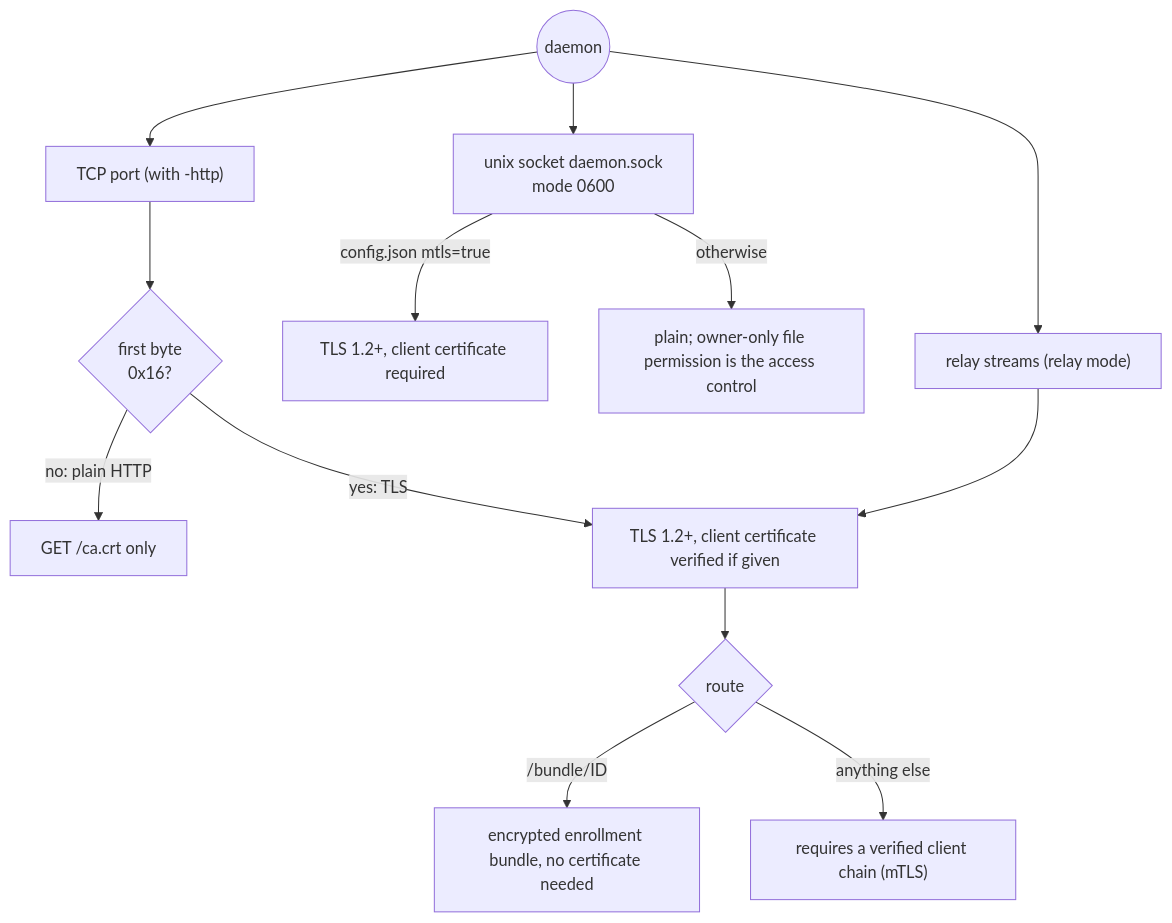
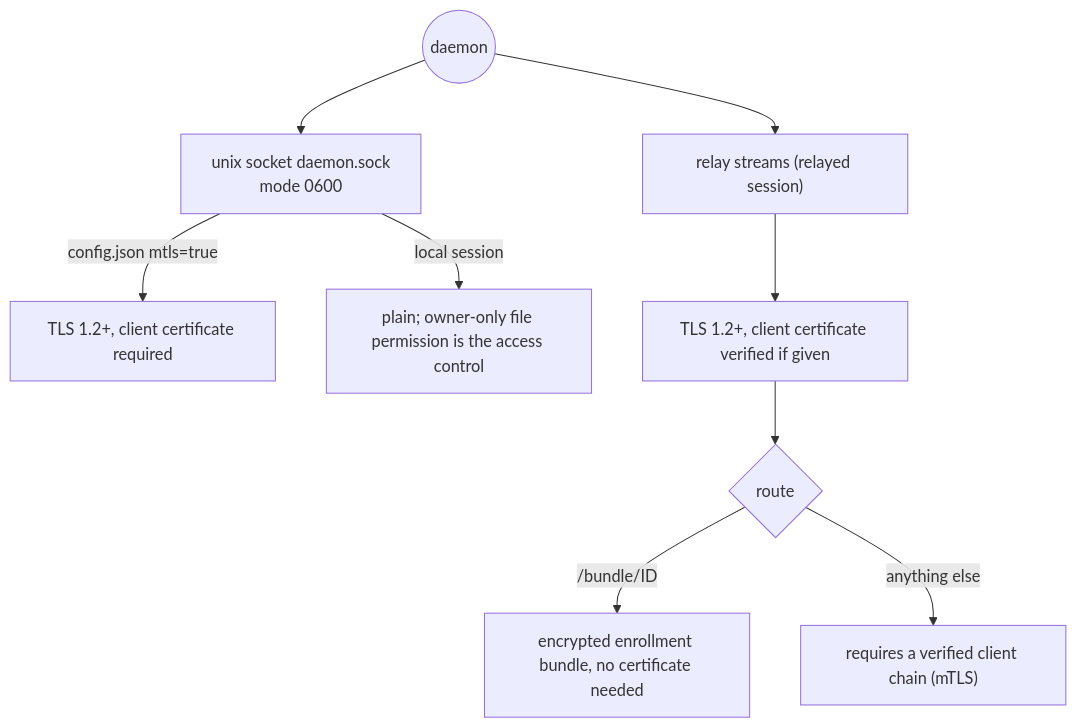
Before and after one commit to samrocketman/go-kbtool: the ninth of 24 diagrams in docs/cryptography.md, drawn with Mermaid. The commit also changed other lines of this file and 64 other files, not shown here.

````diff
--- a/docs/cryptography.md
+++ b/docs/cryptography.md
@@ -250,16 +377,12 @@
 ```mermaid
 flowchart TB
   D(("daemon"))
   D --> U["unix socket daemon.sock<br/>mode 0600"]
-  D --> T["TCP port (with -http)"]
-  D --> RL["relay streams (relay mode)"]
+  D --> RL["relay streams (relayed session)"]
   U -->|"config.json mtls=true"| UT["TLS 1.2+, client certificate required"]
-  U -->|"otherwise"| UP["plain; owner-only file permission is the access control"]
-  T --> DM{"first byte<br/>0x16?"}
-  DM -->|"no: plain HTTP"| CA["GET /ca.crt only"]
-  DM -->|"yes: TLS"| TL["TLS 1.2+, client certificate verified if given"]
+  U -->|"local session"| UP["plain; owner-only file permission is the access control"]
+  RL --> TL["TLS 1.2+, client certificate verified if given"]
   TL --> G{"route"}
   G -->|"/bundle/ID"| BUN["encrypted enrollment bundle, no certificate needed"]
   G -->|"anything else"| MT["requires a verified client chain (mTLS)"]
-  RL --> TL
 ```
````
